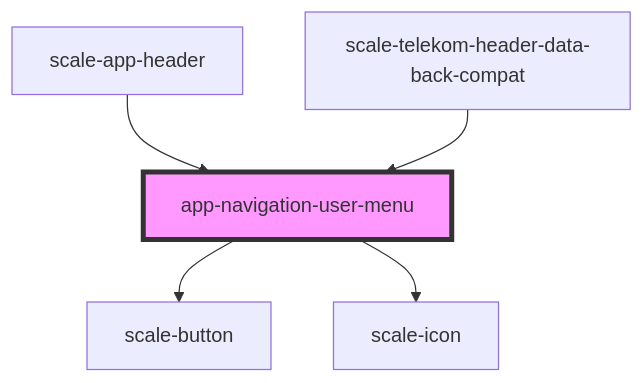
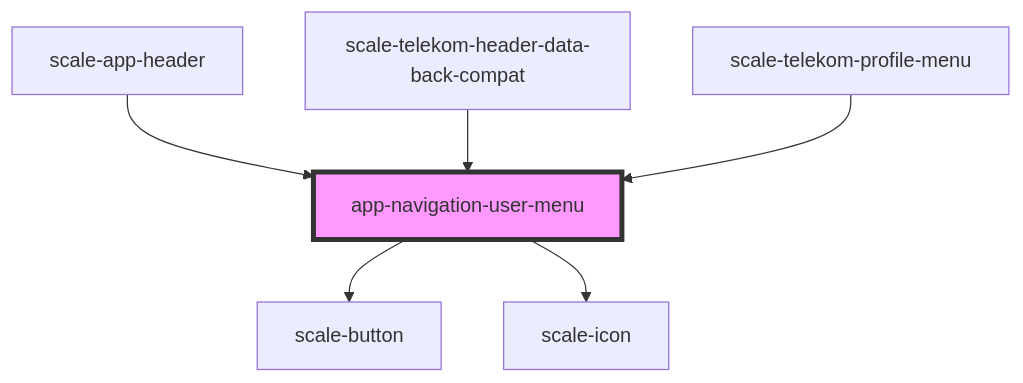
One commit to telekom/scale changed the diagram in packages/components/src/components/telekom/app-navigation-user-menu/readme.md. Above: the diagram before and after it, drawn with Mermaid. The commit also changed other lines of this file and 27 other files, not shown here.

Commit message:
fix(telekom-profile-menu): stories and flyout menu fixes (#2273)

````diff
--- a/packages/components/src/components/telekom/app-navigation-user-menu/readme.md
+++ b/packages/components/src/components/telekom/app-navigation-user-menu/readme.md
@@ -43,8 +48,9 @@
 ```mermaid
 graph TD;
   app-navigation-user-menu --> scale-button
   app-navigation-user-menu --> scale-icon
   scale-app-header --> app-navigation-user-menu
   scale-telekom-header-data-back-compat --> app-navigation-user-menu
+  scale-telekom-profile-menu --> app-navigation-user-menu
   style app-navigation-user-menu fill:#f9f,stroke:#333,stroke-width:4px
 ```
````
